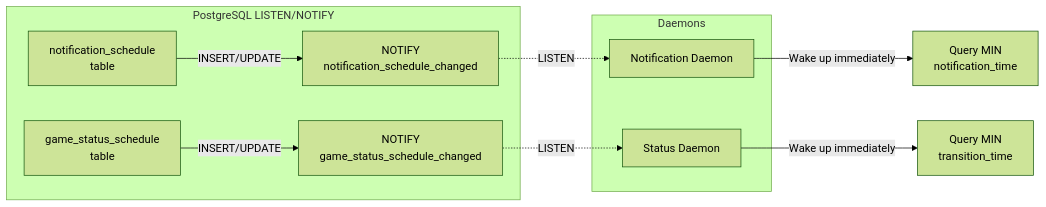
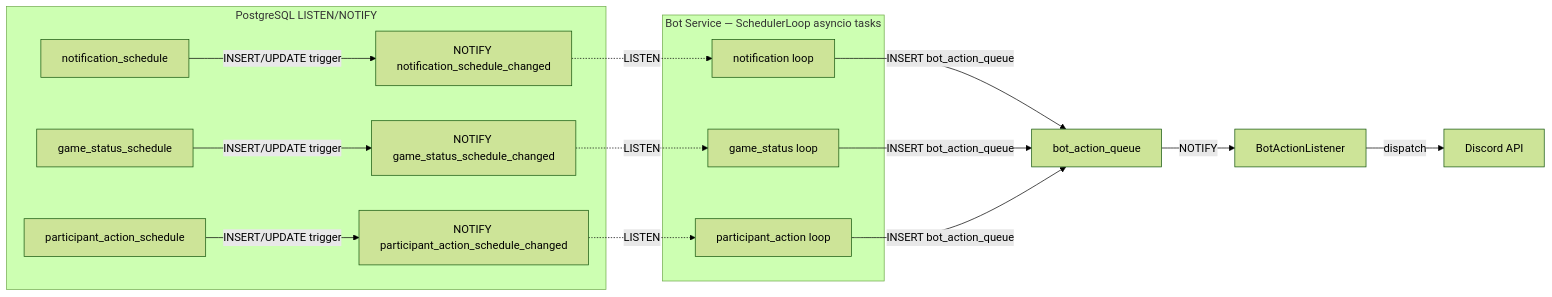
The third of 3 diagrams in docs/developer/architecture.md (bretmckee/game-scheduler), drawn with Mermaid (forest theme) before and after one commit. The commit also changed other lines of this file and 12 other files, not shown here.

````diff
--- a/docs/developer/architecture.md
+++ b/docs/developer/architecture.md
@@ -227,21 +142,28 @@
 ```mermaid
 graph LR
     subgraph "PostgreSQL LISTEN/NOTIFY"
-        NS[notification_schedule<br/>table]
-        SS[game_status_schedule<br/>table]
+        NS[notification_schedule]
+        GS[game_status_schedule]
+        PA[participant_action_schedule]
 
-        NS -->|INSERT/UPDATE| N1[NOTIFY<br/>notification_schedule_changed]
-        SS -->|INSERT/UPDATE| N2[NOTIFY<br/>game_status_schedule_changed]
+        NS -->|INSERT/UPDATE trigger| N1[NOTIFY notification_schedule_changed]
+        GS -->|INSERT/UPDATE trigger| N2[NOTIFY game_status_schedule_changed]
+        PA -->|INSERT/UPDATE trigger| N3[NOTIFY participant_action_schedule_changed]
     end
 
-    subgraph "Daemons"
-        ND[Notification Daemon]
-        SD[Status Daemon]
+    subgraph "Bot Service — SchedulerLoop asyncio tasks"
+        L1[notification loop]
+        L2[game_status loop]
+        L3[participant_action loop]
 
-        N1 -.->|LISTEN| ND
-        N2 -.->|LISTEN| SD
+        N1 -.->|LISTEN| L1
+        N2 -.->|LISTEN| L2
+        N3 -.->|LISTEN| L3
     end
 
-    ND -->|Wake up immediately| Query1[Query MIN<br/>notification_time]
-    SD -->|Wake up immediately| Query2[Query MIN<br/>transition_time]
+    L1 -->|INSERT bot_action_queue| BAQ[bot_action_queue]
+    L2 -->|INSERT bot_action_queue| BAQ
+    L3 -->|INSERT bot_action_queue| BAQ
+    BAQ -->|NOTIFY| BAL[BotActionListener]
+    BAL -->|dispatch| Discord[Discord API]
 ```
````
